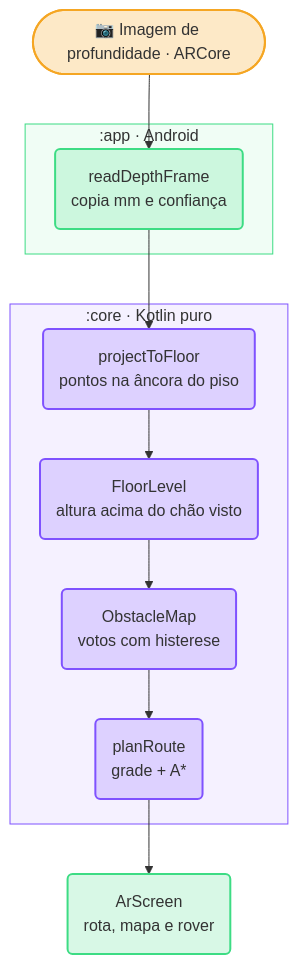
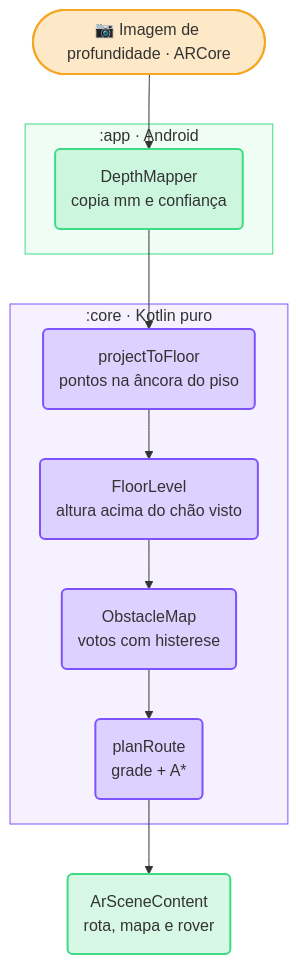
Before and after one commit to lianeheidemann/rover-quest-mr: the third of 3 diagrams in game/README.md, drawn with Mermaid. The commit also changed other lines of this file, not shown here.

````diff
--- a/game/README.md
+++ b/game/README.md
@@ -165,36 +174,36 @@
 ```mermaid
 ---
 config:
   flowchart:
     curve: basis
     nodeSpacing: 40
     rankSpacing: 50
     padding: 16
 ---
 flowchart TD
     D(["📷 Imagem de profundidade · ARCore"])
     subgraph app [":app · Android"]
-        R("readDepthFrame<br/>copia mm e confiança")
+        R("DepthMapper<br/>copia mm e confiança")
     end
     subgraph core [":core · Kotlin puro"]
         P("projectToFloor<br/>pontos na âncora do piso")
         L("FloorLevel<br/>altura acima do chão visto")
         M("ObstacleMap<br/>votos com histerese")
         G("planRoute<br/>grade + A*")
     end
-    V("ArScreen<br/>rota, mapa e rover")
+    V("ArSceneContent<br/>rota, mapa e rover")
 
     D --> R --> P --> L --> M --> G --> V
 
     class D start
     class R,V android
     class P,L,M,G kotlin
 
     %% Translucent fills and no fixed text color: GitHub picks the light or dark
     %% Mermaid theme from the viewer's setting, and these colors work on both.
     classDef android fill:#3DDC8433,stroke:#3DDC84,stroke-width:2px
     classDef kotlin fill:#7F52FF33,stroke:#7F52FF,stroke-width:2px
     classDef start fill:#F5A62340,stroke:#F5A623,stroke-width:2px
     style app fill:#3DDC8414,stroke:#3DDC84,stroke-width:1px
     style core fill:#7F52FF14,stroke:#7F52FF,stroke-width:1px
 ```
````
